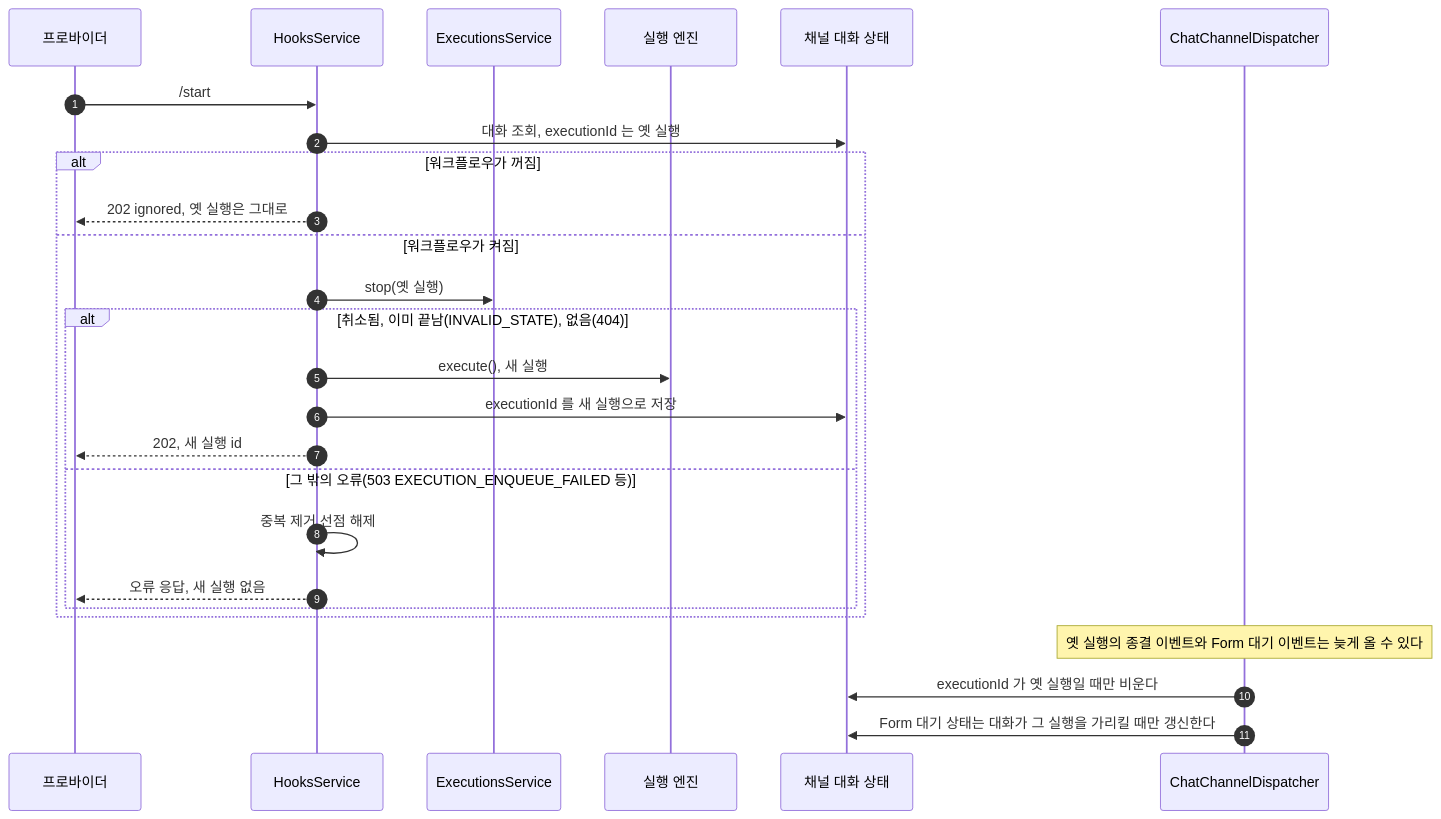
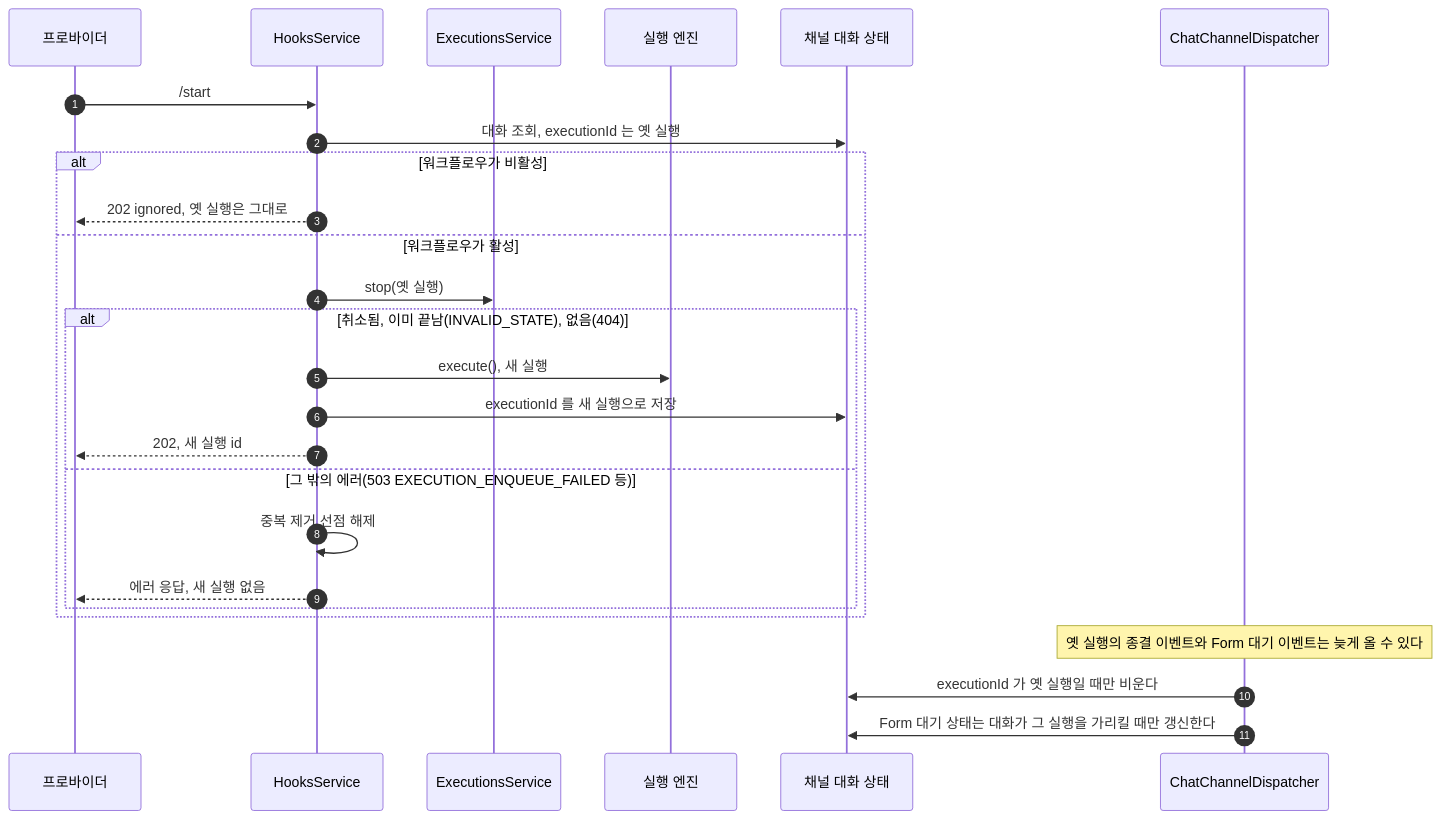
Before and after one commit to worker-ants/clemvion: the third of 3 diagrams in spec/CLE-CHAT/CLE-CHAT-CORE.md, drawn with Mermaid. The commit also changed other lines of this file and 13 other files, not shown here.

````diff
--- a/spec/CLE-CHAT/CLE-CHAT-CORE.md
+++ b/spec/CLE-CHAT/CLE-CHAT-CORE.md
@@ -250,28 +250,28 @@
 ```mermaid
 sequenceDiagram
   autonumber
   participant P as 프로바이더
   participant H as HooksService
   participant X as ExecutionsService
   participant E as 실행 엔진
   participant C as 채널 대화 상태
   participant D as ChatChannelDispatcher
   P->>H: /start
   H->>C: 대화 조회, executionId 는 옛 실행
-  alt 워크플로우가 꺼짐
+  alt 워크플로우가 비활성
     H-->>P: 202 ignored, 옛 실행은 그대로
-  else 워크플로우가 켜짐
+  else 워크플로우가 활성
     H->>X: stop(옛 실행)
     alt 취소됨, 이미 끝남(INVALID_STATE), 없음(404)
       H->>E: execute(), 새 실행
       H->>C: executionId 를 새 실행으로 저장
       H-->>P: 202, 새 실행 id
-    else 그 밖의 오류(503 EXECUTION_ENQUEUE_FAILED 등)
+    else 그 밖의 에러(503 EXECUTION_ENQUEUE_FAILED 등)
       H->>H: 중복 제거 선점 해제
-      H-->>P: 오류 응답, 새 실행 없음
+      H-->>P: 에러 응답, 새 실행 없음
     end
   end
   Note over D: 옛 실행의 종결 이벤트와 Form 대기 이벤트는 늦게 올 수 있다
   D->>C: executionId 가 옛 실행일 때만 비운다
   D->>C: Form 대기 상태는 대화가 그 실행을 가리킬 때만 갱신한다
 ```
````
